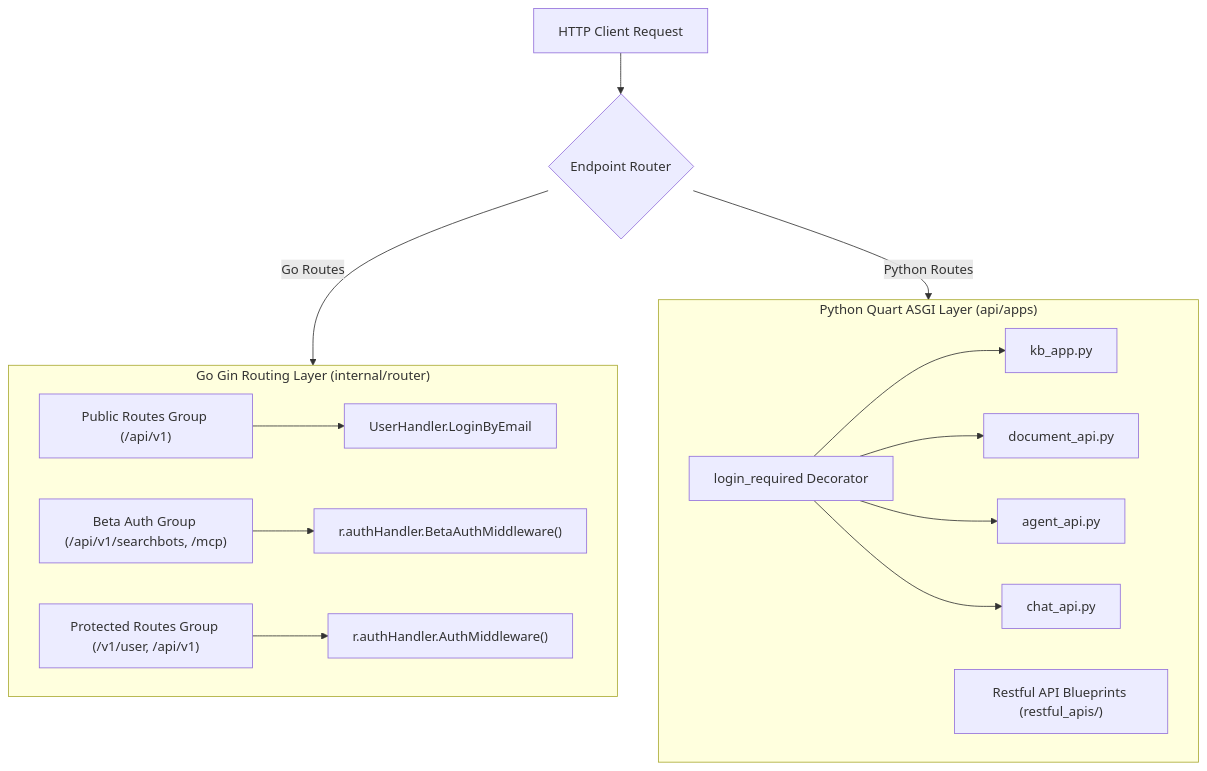
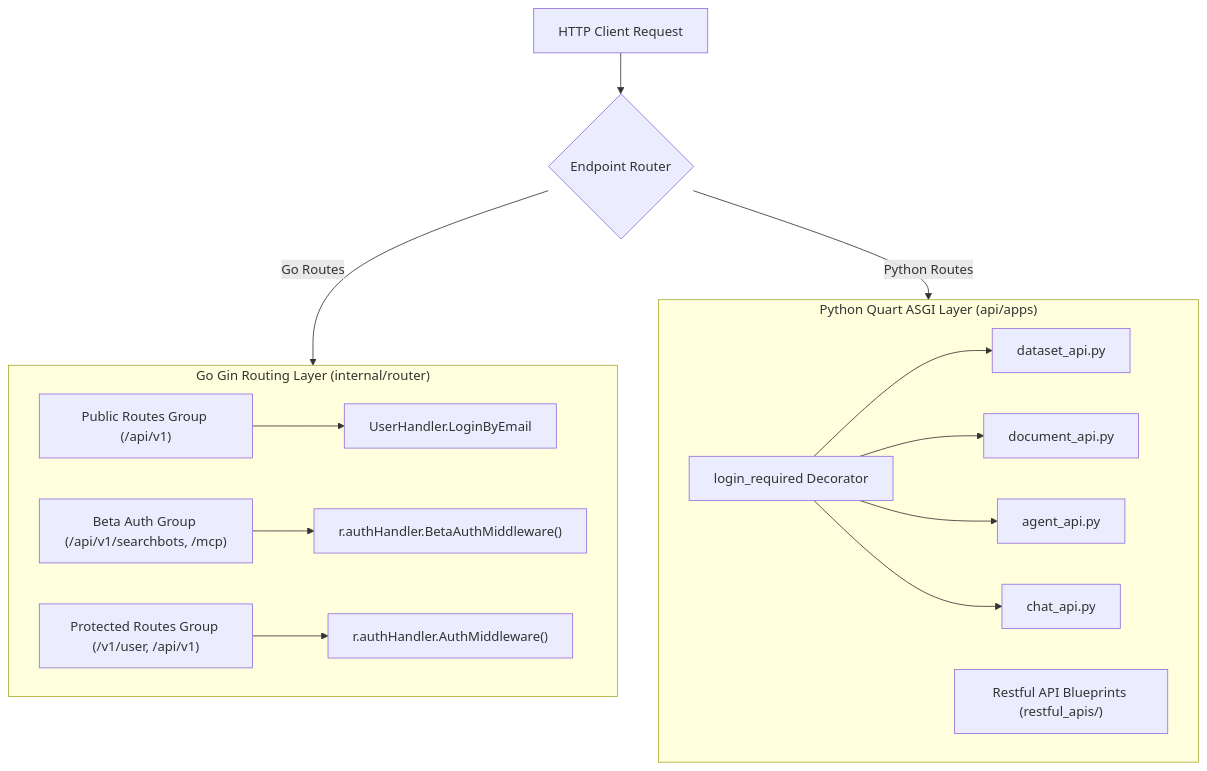
One commit to 6sLOGAN78/devRAG changed the diagram in ragflow-docs/03-backend/api-layer.md. Above: the diagram before and after it, drawn with Mermaid. The commit also changed other lines of this file and 35 other files, not shown here.

````diff
--- a/ragflow-docs/03-backend/api-layer.md
+++ b/ragflow-docs/03-backend/api-layer.md
@@ -11,27 +11,27 @@
 ```mermaid
 graph TD
     Client["HTTP Client Request"] --> RouteBridge{"Endpoint Router"}
 
     subgraph Go_Gin_Layer ["Go Gin Routing Layer (internal/router)"]
         GoGroupNoAuth["Public Routes Group (/api/v1)"]
         GoGroupBeta["Beta Auth Group (/api/v1/searchbots, /mcp)"]
         GoGroupAuth["Protected Routes Group (/v1/user, /api/v1)"]
 
         GoGroupNoAuth --> GoUserLogin["UserHandler.LoginByEmail"]
         GoGroupBeta --> GoBetaMiddleware["r.authHandler.BetaAuthMiddleware()"]
         GoGroupAuth --> GoAuthMiddleware["r.authHandler.AuthMiddleware()"]
     end
 
     subgraph Python_Quart_Layer ["Python Quart ASGI Layer (api/apps)"]
         PyDecorator["login_required Decorator"]
         PyREST["Restful API Blueprints (restful_apis/)"]
 
-        PyDecorator --> PyKB["kb_app.py"]
+        PyDecorator --> PyKB["dataset_api.py"]
         PyDecorator --> PyDoc["document_api.py"]
         PyDecorator --> PyAgent["agent_api.py"]
         PyDecorator --> PyChat["chat_api.py"]
     end
 
     RouteBridge -->|Go Routes| Go_Gin_Layer
     RouteBridge -->|Python Routes| Python_Quart_Layer
 ```
````
